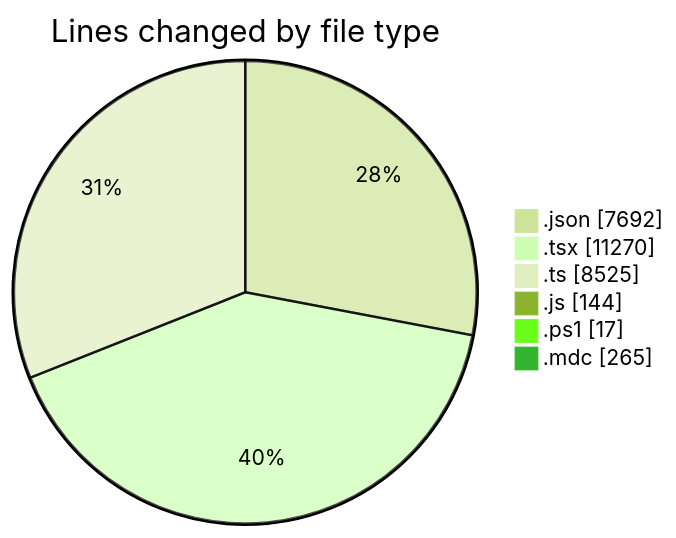
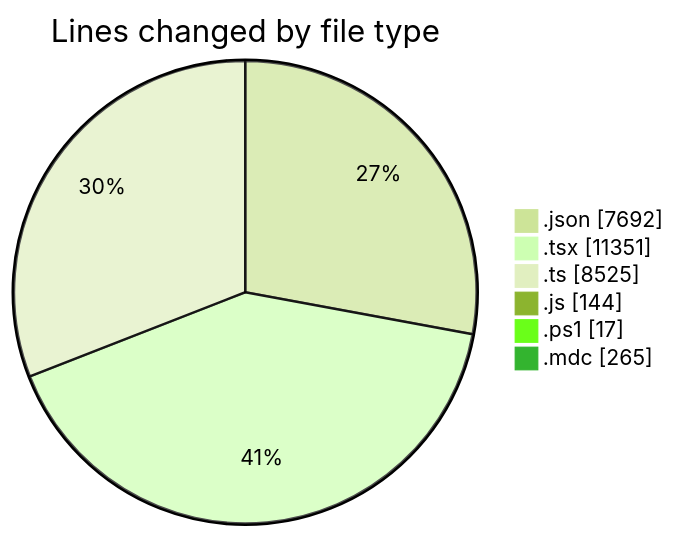
One commit to CELIANVF/code-tracking changed the first of 2 diagrams in 2025-06-10/ecodeli-1/README.md. Above: the diagram before and after it, drawn with Mermaid (forest theme). The commit also changed other lines of this file and 1 other file, not shown here.

````diff
--- a/2025-06-10/ecodeli-1/README.md
+++ b/2025-06-10/ecodeli-1/README.md
@@ -86,10 +87,10 @@
 ```mermaid
 pie showData
 title Lines changed by file type
 ".json" : 7692
-".tsx" : 11270
+".tsx" : 11351
 ".ts" : 8525
 ".js" : 144
 ".ps1" : 17
 ".mdc" : 265
 ```
````
